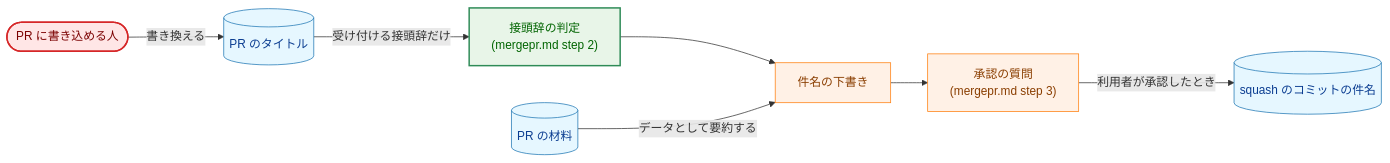
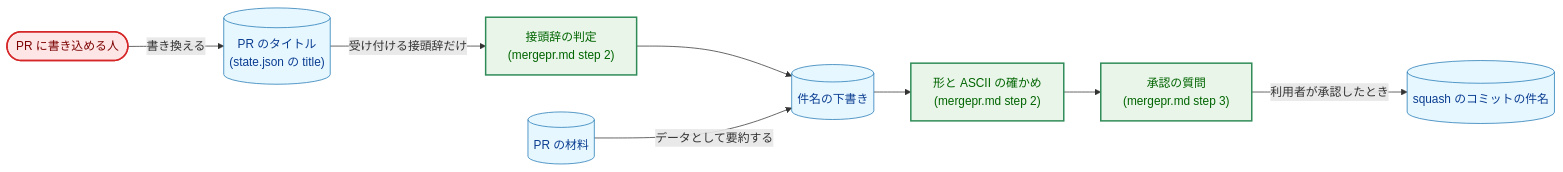
Before and after one commit to isseis/yt2column: the sixth of 11 diagrams in docs/tasks/0032_japanese_pr_title/02_architecture.md, drawn with Mermaid. The commit also changed other lines of this file, not shown here.

First line of the commit message:
docs(0032): address the architecture review and prose pass

````diff
--- a/docs/tasks/0032_japanese_pr_title/02_architecture.md
+++ b/docs/tasks/0032_japanese_pr_title/02_architecture.md
@@ -348,27 +395,28 @@
 ```mermaid
 flowchart LR
     classDef data fill:#e6f7ff,stroke:#1f77b4,stroke-width:1px,color:#0b3d91;
     classDef process fill:#fff1e6,stroke:#ff7f0e,stroke-width:1px,color:#8a3e00;
     classDef enhanced fill:#e8f5e8,stroke:#2e8b57,stroke-width:2px,color:#006400;
     classDef problem fill:#ffe6e6,stroke:#d62728,stroke-width:2px,color:#7b0000;
 
     W(["PR に書き込める人"])
-    T[("PR のタイトル")]
+    T[("PR のタイトル<br>(state.json の title)")]
     P["接頭辞の判定<br>(mergepr.md step 2)"]
     MAT[("PR の材料")]
-    D["件名の下書き"]
+    D[("件名の下書き")]
+    CHK["形と ASCII の確かめ<br>(mergepr.md step 2)"]
     A["承認の質問<br>(mergepr.md step 3)"]
     S[("squash のコミットの件名")]
 
     W -->|"書き換える"| T
     T -->|"受け付ける接頭辞だけ"| P
     P --> D
     MAT -->|"データとして要約する"| D
-    D --> A
+    D --> CHK
+    CHK --> A
     A -->|"利用者が承認したとき"| S
 
     class W problem
-    class T,MAT,S data
-    class P enhanced
-    class D,A process
+    class T,MAT,D,S data
+    class P,CHK,A enhanced
 ```
````
